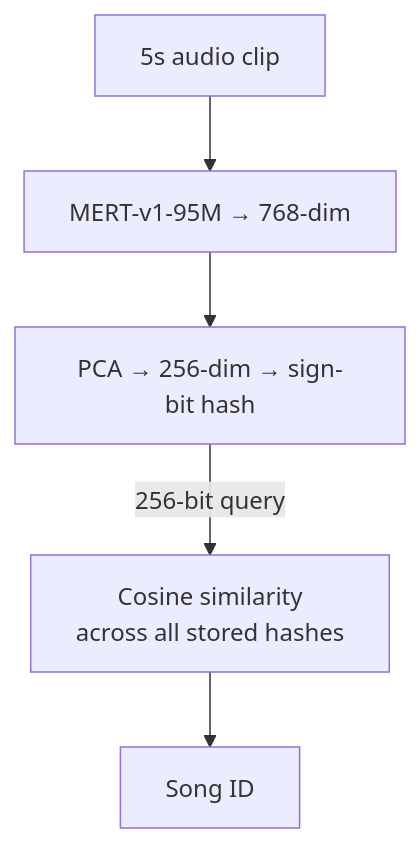
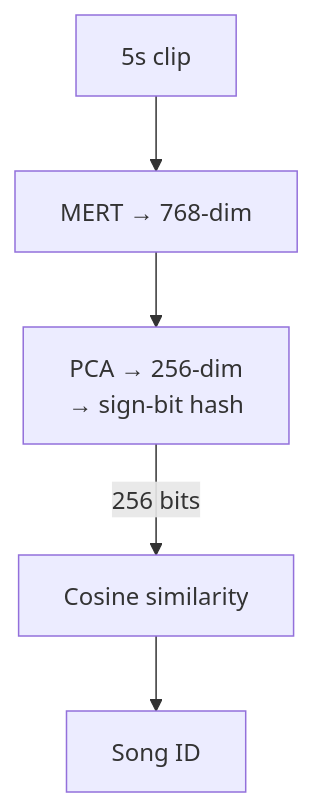
One commit to alainbrown/musicprint changed the second of 4 diagrams in PAPER.md. Above: the diagram before and after it, drawn with Mermaid. The commit also changed other lines of this file, not shown here.

````diff
--- a/PAPER.md
+++ b/PAPER.md
@@ -75,7 +105,7 @@
 ```mermaid
 graph TD
-    A["5s audio clip"] --> B["MERT-v1-95M → 768-dim"]
-    B --> C["PCA → 256-dim → sign-bit hash"]
-    C -->|"256-bit query"| D["Cosine similarity\nacross all stored hashes"]
+    A["5s clip"] --> B["MERT → 768-dim"]
+    B --> C["PCA → 256-dim\n→ sign-bit hash"]
+    C -->|"256 bits"| D["Cosine similarity"]
     D --> E["Song ID"]
 ```
````
